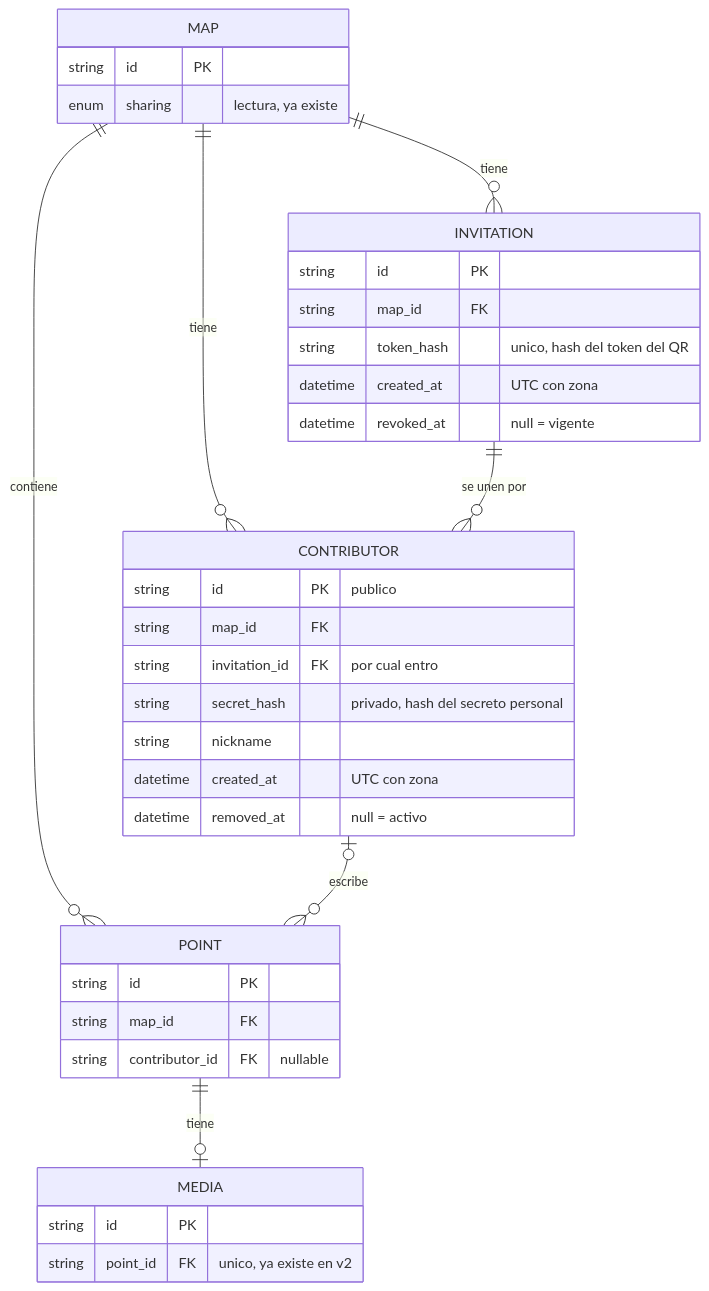
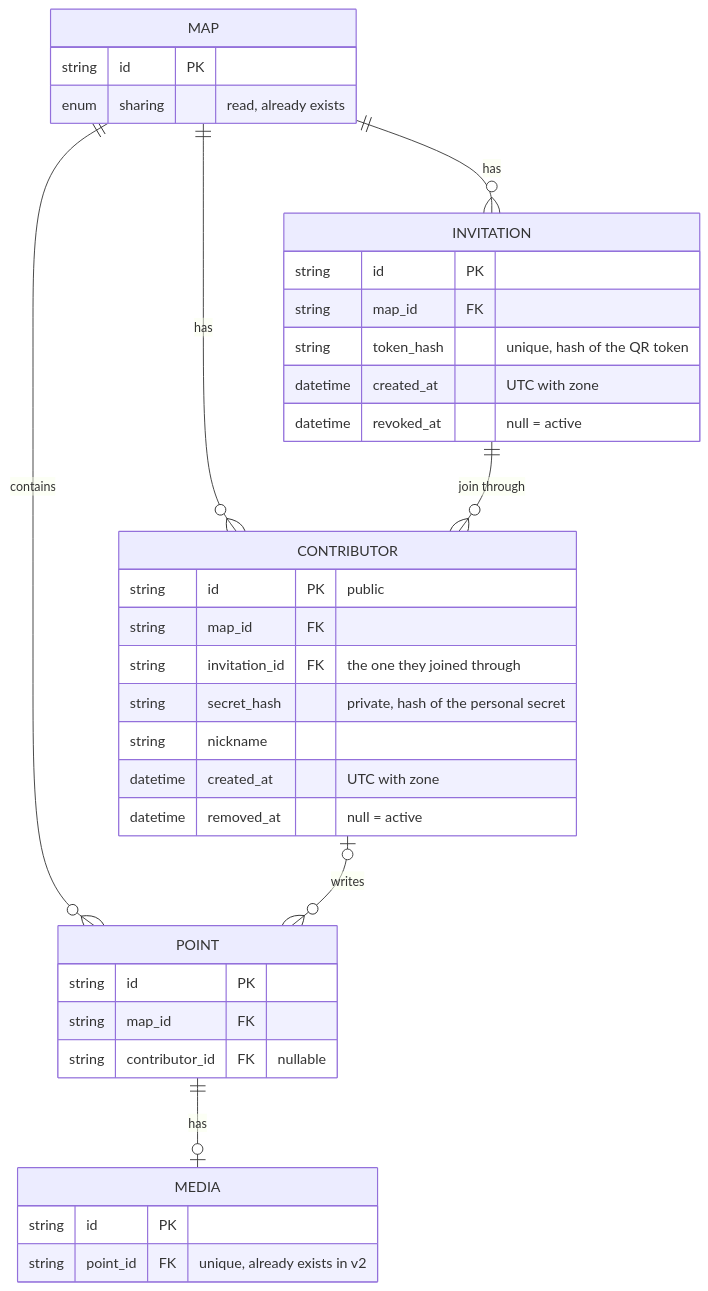
The first of 4 diagrams in docs/how-it-works/map_contributions.md (hotosm/chatmap), drawn with Mermaid before and after one commit. The commit also changed other lines of this file and 8 other files, not shown here.

````diff
--- a/docs/how-it-works/map_contributions.md
+++ b/docs/how-it-works/map_contributions.md
@@ -107,39 +105,39 @@
 ```mermaid
 erDiagram
-    MAP ||--o{ INVITATION : tiene
-    MAP ||--o{ CONTRIBUTOR : tiene
-    MAP ||--o{ POINT : contiene
-    INVITATION ||--o{ CONTRIBUTOR : "se unen por"
-    CONTRIBUTOR |o--o{ POINT : "escribe"
-    POINT ||--o| MEDIA : tiene
+    MAP ||--o{ INVITATION : has
+    MAP ||--o{ CONTRIBUTOR : has
+    MAP ||--o{ POINT : contains
+    INVITATION ||--o{ CONTRIBUTOR : "join through"
+    CONTRIBUTOR |o--o{ POINT : "writes"
+    POINT ||--o| MEDIA : has
 
     MAP {
         string id PK
-        enum sharing "lectura, ya existe"
+        enum sharing "read, already exists"
     }
     INVITATION {
         string id PK
         string map_id FK
-        string token_hash "unico, hash del token del QR"
-        datetime created_at "UTC con zona"
-        datetime revoked_at "null = vigente"
+        string token_hash "unique, hash of the QR token"
+        datetime created_at "UTC with zone"
+        datetime revoked_at "null = active"
     }
     CONTRIBUTOR {
-        string id PK "publico"
+        string id PK "public"
         string map_id FK
-        string invitation_id FK "por cual entro"
-        string secret_hash "privado, hash del secreto personal"
+        string invitation_id FK "the one they joined through"
+        string secret_hash "private, hash of the personal secret"
         string nickname
-        datetime created_at "UTC con zona"
-        datetime removed_at "null = activo"
+        datetime created_at "UTC with zone"
+        datetime removed_at "null = active"
     }
     POINT {
         string id PK
         string map_id FK
         string contributor_id FK "nullable"
     }
     MEDIA {
         string id PK
-        string point_id FK "unico, ya existe en v2"
+        string point_id FK "unique, already exists in v2"
     }
 ```
````
